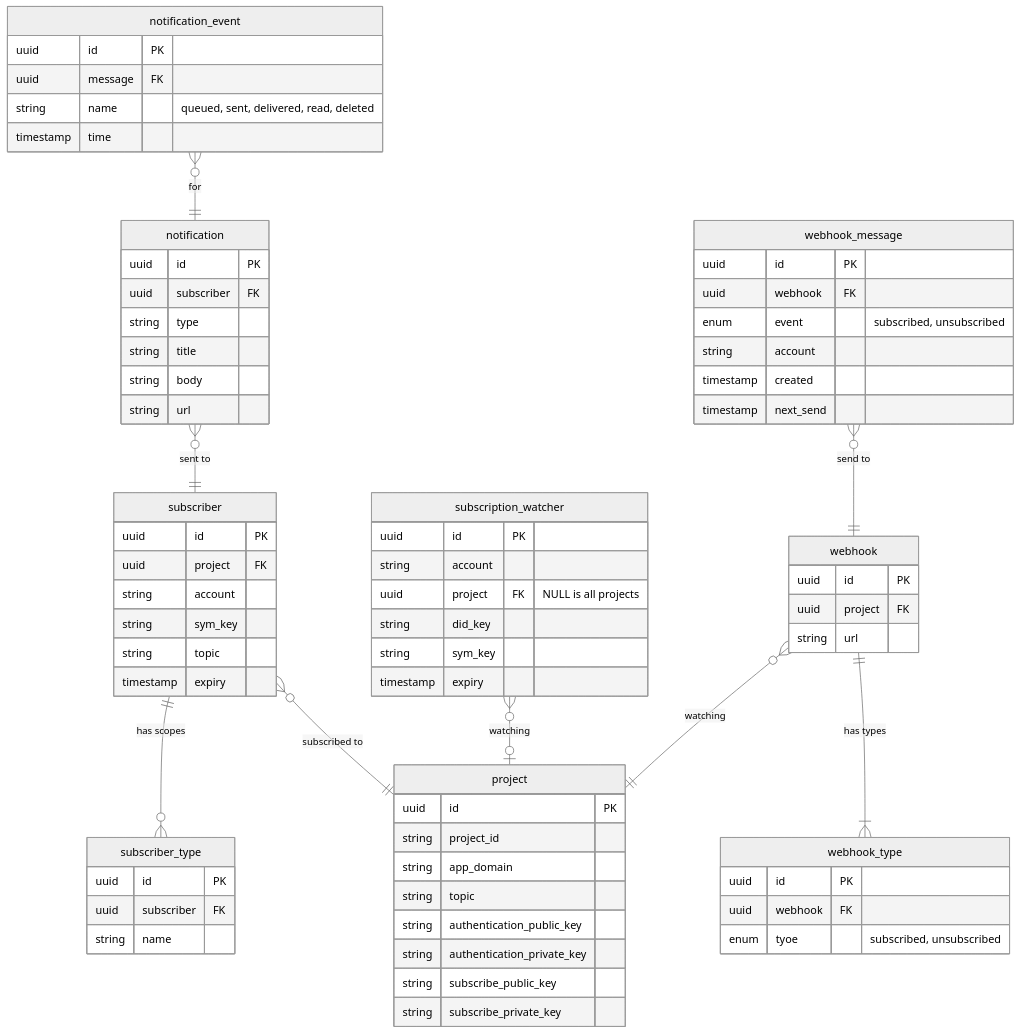
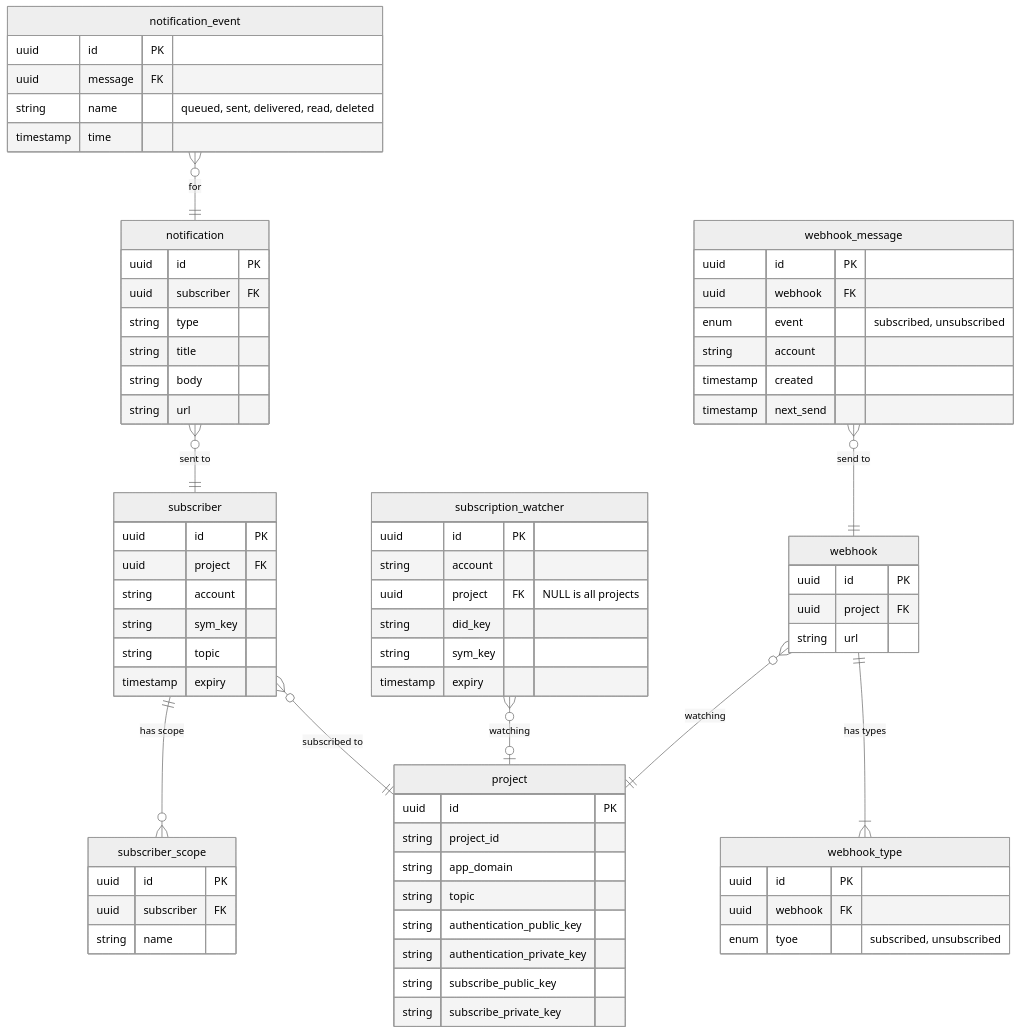
Before and after one commit to WalletConnect/notify-server: the diagram in migrations/ERD.md, drawn with Mermaid (neutral theme). The commit also changed 6 other files, not shown here.

````diff
--- a/migrations/ERD.md
+++ b/migrations/ERD.md
@@ -3,82 +3,82 @@
 ```mermaid
 erDiagram
     project {
         uuid id PK
         string project_id
         string app_domain
         string topic
         string authentication_public_key
         string authentication_private_key
         string subscribe_public_key
         string subscribe_private_key
     }
 
     subscriber {
         uuid id PK
         uuid project FK
         string account
         string sym_key
         string topic
         timestamp expiry
     }
     subscriber }o--|| project : "subscribed to"
 
-    subscriber_type {
+    subscriber_scope {
         uuid id PK
         uuid subscriber FK
         string name
     }
-    subscriber ||--o{ subscriber_type : "has scopes"
+    subscriber ||--o{ subscriber_scope : "has scope"
 
     subscription_watcher {
         uuid id PK
         string account
         uuid project FK "NULL is all projects"
         string did_key
         string sym_key
         timestamp expiry
     }
     subscription_watcher }o--o| project : "watching"
 
     notification {
         uuid id PK
         uuid subscriber FK
         string type
         string title
         string body
         string url
     }
     notification }o--|| subscriber : "sent to"
 
     notification_event {
         uuid id PK
         uuid message FK
         string name "queued, sent, delivered, read, deleted"
         timestamp time
     }
     notification_event }o--|| notification : "for"
 
     webhook {
         uuid id PK
         uuid project FK
         string url
     }
     webhook }o--|| project : "watching"
 
     webhook_type {
         uuid id PK
         uuid webhook FK
         enum tyoe "subscribed, unsubscribed"
     }
     webhook ||--|{ webhook_type : "has types"
 
     webhook_message {
         uuid id PK
         uuid webhook FK
         enum event "subscribed, unsubscribed"
         string account
         timestamp created
         timestamp next_send
     }
     webhook_message }o--|| webhook : "send to"
 ```
````
